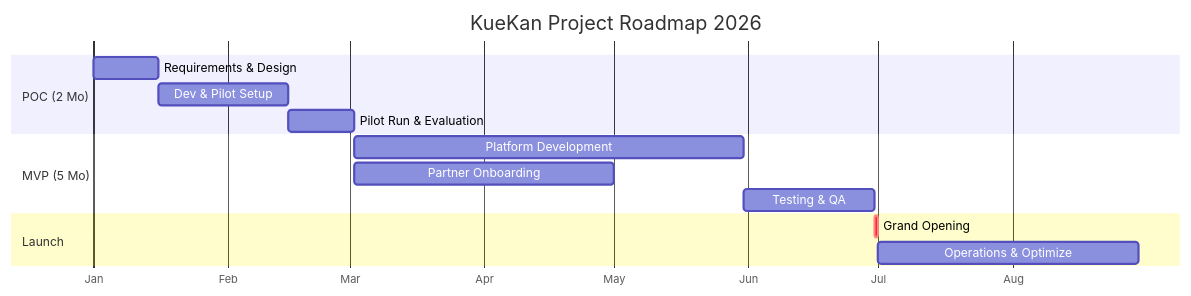
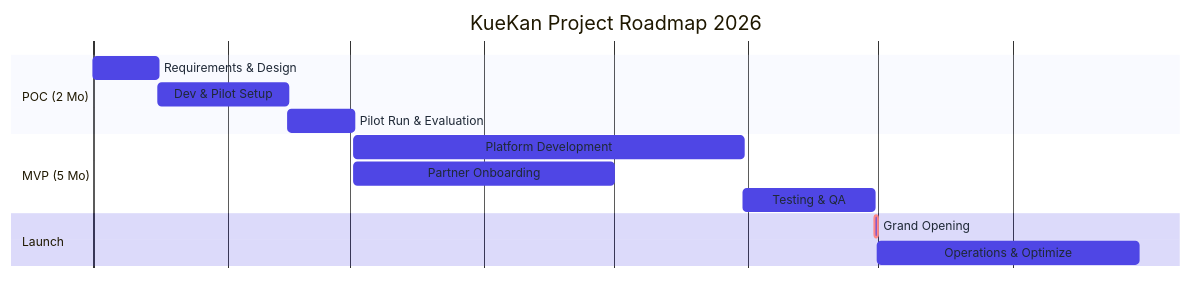
One commit to tlejay/Kuekan changed the fifth of 5 diagrams in 01 Proposals/Proposal_KueKan_PAO_NCC_McKinsey-Shorten.md. Above: the diagram before and after it, drawn with Mermaid. The commit also changed other lines of this file and 1 other file, not shown here.

````diff
--- a/01 Proposals/Proposal_KueKan_PAO_NCC_McKinsey-Shorten.md
+++ b/01 Proposals/Proposal_KueKan_PAO_NCC_McKinsey-Shorten.md
@@ -666,20 +695,21 @@
 ```mermaid
+%%{init: {'theme': 'base', 'themeVariables': { 'primaryColor': '#4F46E5', 'primaryTextColor': '#fff', 'primaryBorderColor': '#4F46E5', 'lineColor': '#6B7280', 'secondaryColor': '#818CF8', 'tertiaryColor': '#E0E7FF', 'fontFamily': 'IBM Plex Sans Thai, Inter, sans-serif', 'taskTextColor': '#1F2937', 'taskTextOutsideColor': '#1F2937', 'gridColor': '#E5E7EB', 'doneTaskBkgColor': '#10B981', 'critBkgColor': '#4F46E5', 'todayLineColor': '#DC2626'}}}%%
 gantt
     title KueKan Project Roadmap 2026
     dateFormat  YYYY-MM-DD
     axisFormat  %b
 
     section POC (2 Mo)
     Requirements & Design   :a1, 2026-01-01, 15d
     Dev & Pilot Setup       :a2, after a1, 30d
     Pilot Run & Evaluation  :a3, after a2, 15d
 
     section MVP (5 Mo)
     Platform Development    :b1, after a3, 90d
     Partner Onboarding      :b2, after a3, 60d
     Testing & QA            :b3, after b1, 30d
 
     section Launch
     Grand Opening           :crit, c1, after b3, 1d
     Operations & Optimize   :c2, after c1, 60d
 ```
````
